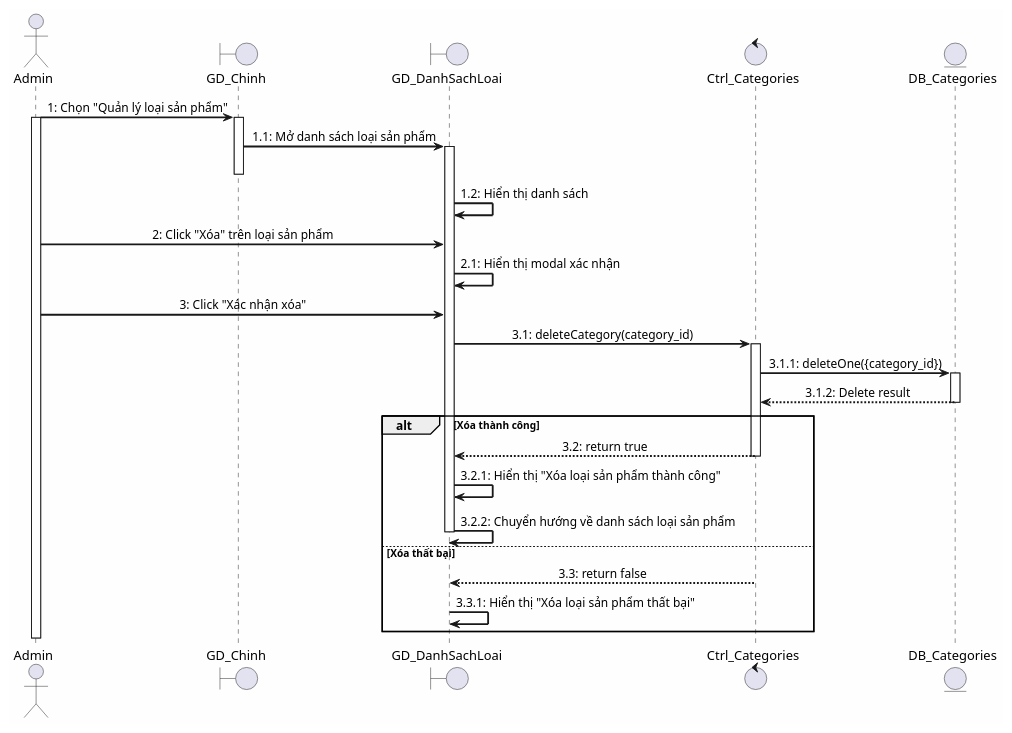
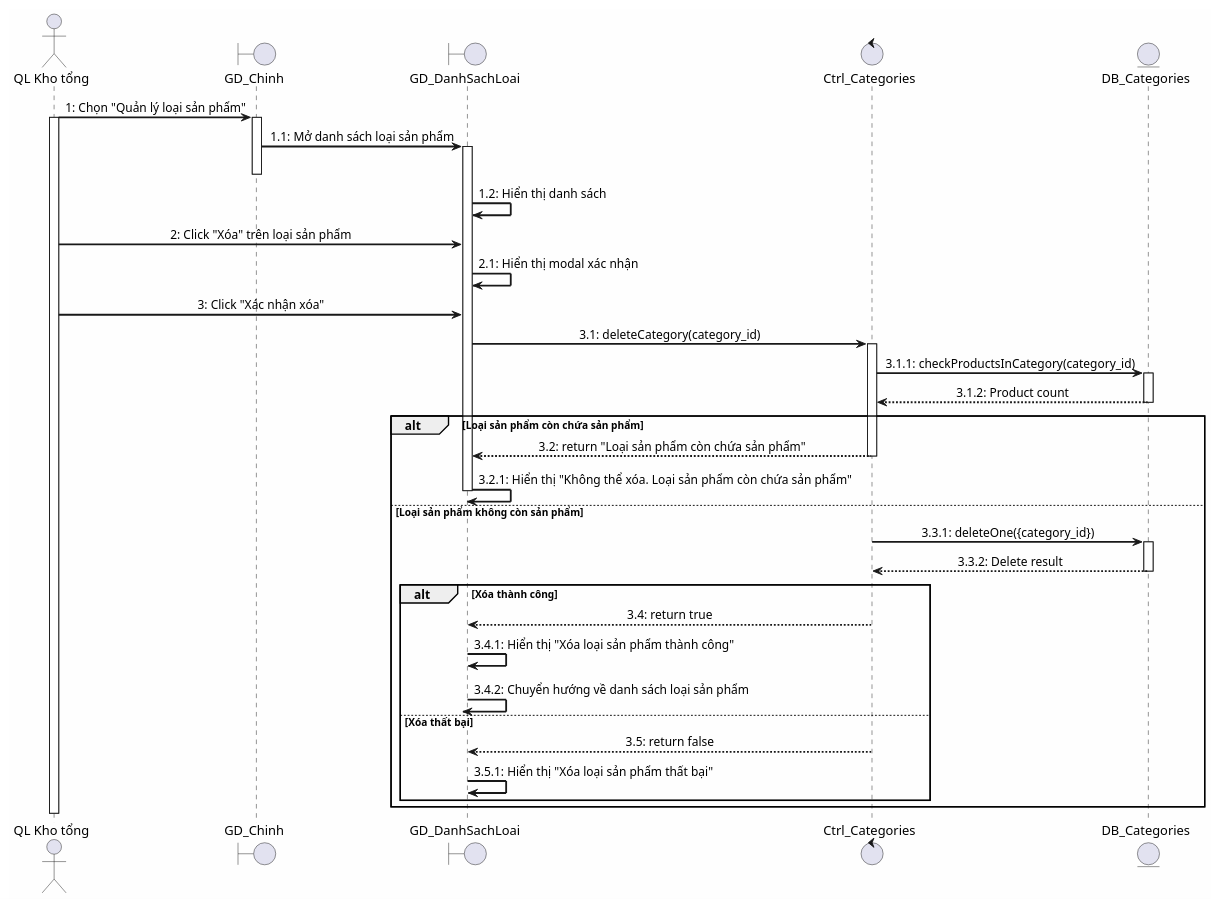
The diagram in docs/sequence_xoa_loai_san_pham.puml (QuynhHuong03/wms), drawn with PlantUML before and after one commit. The commit also changed 28 other files, not shown here.

```diff
--- a/docs/sequence_xoa_loai_san_pham.puml
+++ b/docs/sequence_xoa_loai_san_pham.puml
@@ -1,55 +1,69 @@
 @startuml Xóa Loại Sản Phẩm
 
 ' Cấu hình giao diện
 skinparam sequenceMessageAlign center
 skinparam backgroundColor #FEFEFE
 skinparam sequenceArrowThickness 2
 
-actor "Admin" as Admin
+actor "QL Kho tổng" as Admin
 boundary "GD_Chinh" as MainGUI
 boundary "GD_DanhSachLoai" as ListView
 control "Ctrl_Categories" as Controller
 entity "DB_Categories" as CategoryDB
 
 Admin -> MainGUI: 1: Chọn "Quản lý loại sản phẩm"
 activate Admin
 activate MainGUI
 
 MainGUI -> ListView: 1.1: Mở danh sách loại sản phẩm
 activate ListView
 deactivate MainGUI
 
 ListView -> ListView: 1.2: Hiển thị danh sách
 
 Admin -> ListView: 2: Click "Xóa" trên loại sản phẩm
 
 ListView -> ListView: 2.1: Hiển thị modal xác nhận
 
 Admin -> ListView: 3: Click "Xác nhận xóa"
 
 ListView -> Controller: 3.1: deleteCategory(category_id)
 activate Controller
 
-Controller -> CategoryDB: 3.1.1: deleteOne({category_id})
+Controller -> CategoryDB: 3.1.1: checkProductsInCategory(category_id)
 activate CategoryDB
 
-CategoryDB --> Controller: 3.1.2: Delete result
+CategoryDB --> Controller: 3.1.2: Product count
 deactivate CategoryDB
 
-alt Xóa thành công
-    Controller --> ListView: 3.2: return true
+alt Loại sản phẩm còn chứa sản phẩm
+    Controller --> ListView: 3.2: return "Loại sản phẩm còn chứa sản phẩm"
     deactivate Controller
     
-    ListView -> ListView: 3.2.1: Hiển thị "Xóa loại sản phẩm thành công"
+    ListView -> ListView: 3.2.1: Hiển thị "Không thể xóa. Loại sản phẩm còn chứa sản phẩm"
+    deactivate ListView
+else Loại sản phẩm không còn sản phẩm
+    Controller -> CategoryDB: 3.3.1: deleteOne({category_id})
+    activate CategoryDB
     
-    ListView -> ListView: 3.2.2: Chuyển hướng về danh sách loại sản phẩm
-    deactivate ListView
-else Xóa thất bại
-    Controller --> ListView: 3.3: return false
-    deactivate Controller
-    ListView -> ListView: 3.3.1: Hiển thị "Xóa loại sản phẩm thất bại"
+    CategoryDB --> Controller: 3.3.2: Delete result
+    deactivate CategoryDB
+    
+    alt Xóa thành công
+        Controller --> ListView: 3.4: return true
+        deactivate Controller
+        
+        ListView -> ListView: 3.4.1: Hiển thị "Xóa loại sản phẩm thành công"
+        
+        ListView -> ListView: 3.4.2: Chuyển hướng về danh sách loại sản phẩm
+        deactivate ListView
+    else Xóa thất bại
+        Controller --> ListView: 3.5: return false
+        deactivate Controller
+        ListView -> ListView: 3.5.1: Hiển thị "Xóa loại sản phẩm thất bại"
+    end
 end
 
 deactivate Admin
 
 @enduml
```
